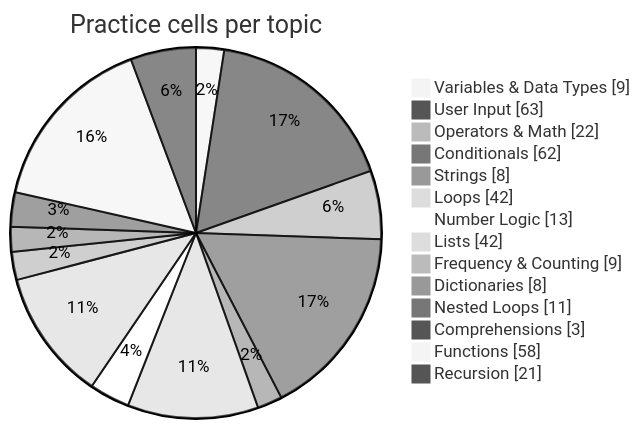
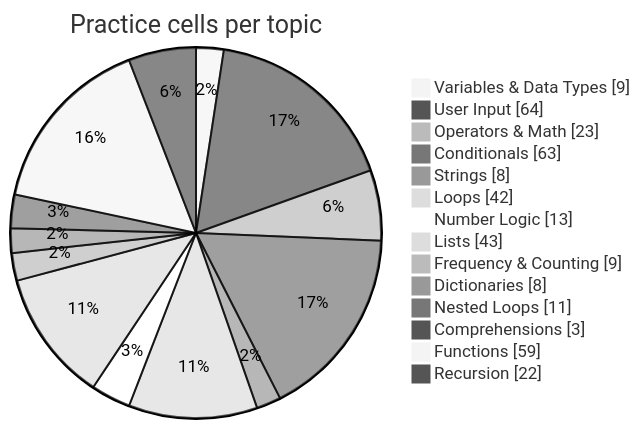
The diagram in README.md (Phantom2101/Python-Daily-Practice), drawn with Mermaid (neutral theme) before and after one commit. The commit also changed other lines of this file and 1 other file, not shown here.

````diff
--- a/README.md
+++ b/README.md
@@ -126,17 +126,17 @@
 ```mermaid
 pie showData title Practice cells per topic
     "Variables & Data Types" : 9
-    "User Input" : 63
-    "Operators & Math" : 22
-    "Conditionals" : 62
+    "User Input" : 64
+    "Operators & Math" : 23
+    "Conditionals" : 63
     "Strings" : 8
     "Loops" : 42
     "Number Logic" : 13
-    "Lists" : 42
+    "Lists" : 43
     "Frequency & Counting" : 9
     "Dictionaries" : 8
     "Nested Loops" : 11
     "Comprehensions" : 3
-    "Functions" : 58
-    "Recursion" : 21
+    "Functions" : 59
+    "Recursion" : 22
 ```
````
